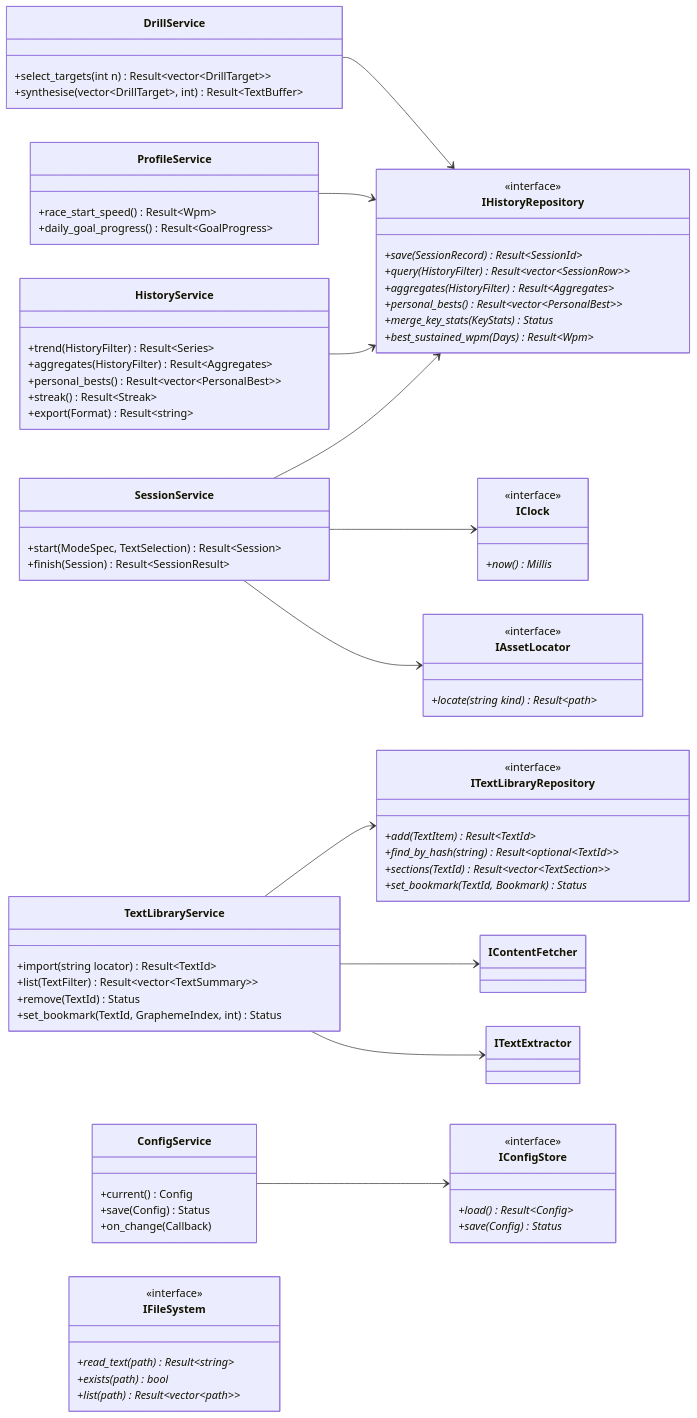
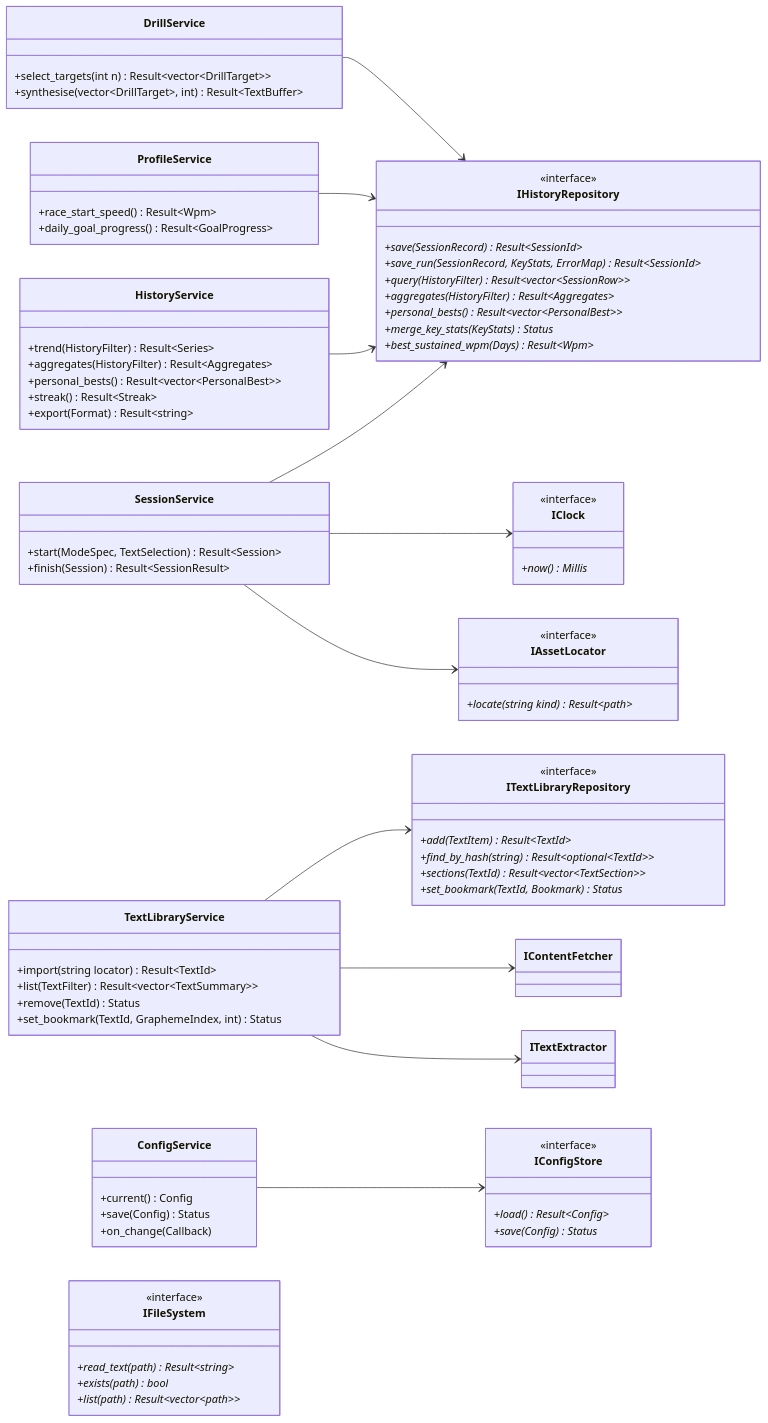
The seventh of 30 diagrams in docs/DIAGRAMS.md (KriZa96/TypeIt), drawn with Mermaid before and after one commit. The commit also changed other lines of this file and 10 other files, not shown here.

```diff
--- a/docs/DIAGRAMS.md
+++ b/docs/DIAGRAMS.md
@@ -451,6 +451,7 @@
     class IHistoryRepository {
         <<interface>>
         +save(SessionRecord) Result~SessionId~*
+        +save_run(SessionRecord, KeyStats, ErrorMap) Result~SessionId~*
         +query(HistoryFilter) Result~vector~SessionRow~~*
         +aggregates(HistoryFilter) Result~Aggregates~*
         +personal_bests() Result~vector~PersonalBest~~*
```
